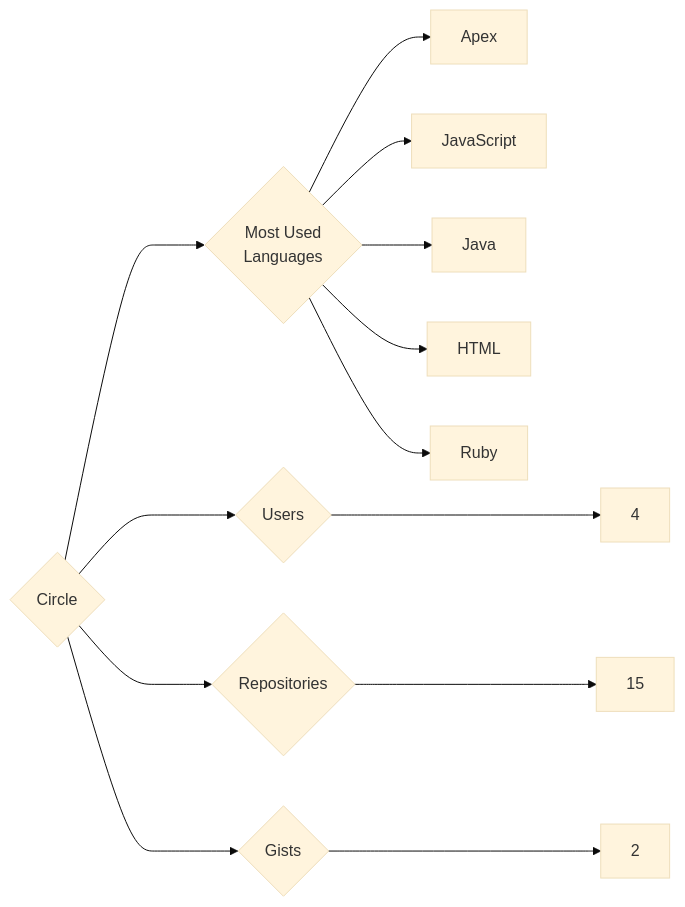
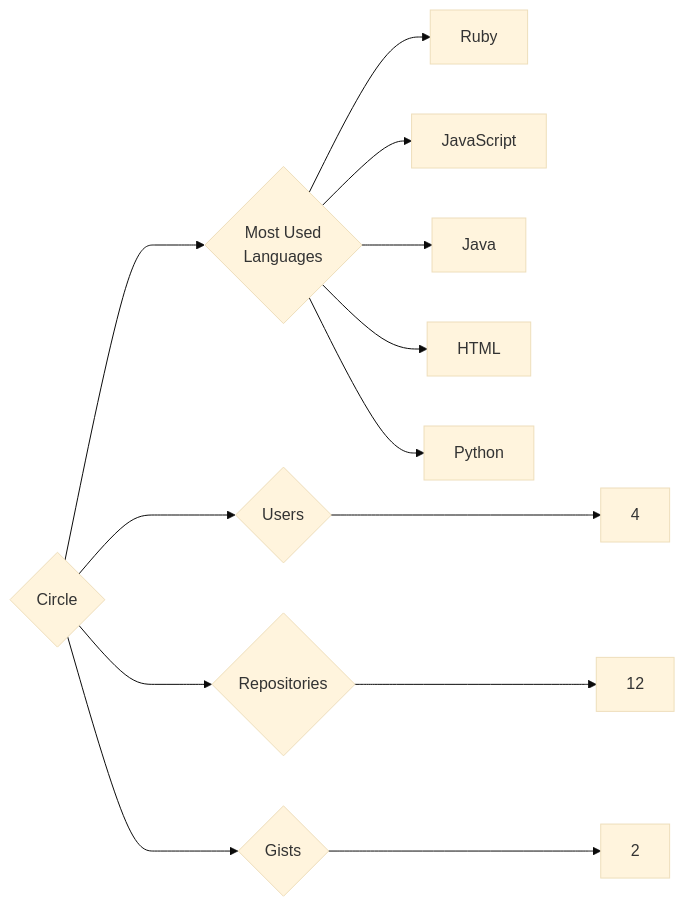
The diagram in targets/Circle/README.md (trickest/insiders), drawn with Mermaid (base theme) before and after one commit. The commit also changed 1078 other files, not shown here.

````diff
--- a/targets/Circle/README.md
+++ b/targets/Circle/README.md
@@ -3,13 +3,13 @@
 ```mermaid
 graph LR
 COMPANY_NAME{Circle}
 COMPANY_NAME ---> U{Users} ---> UN[4]
-COMPANY_NAME ---> R{Repositories} ---> RN[15]
+COMPANY_NAME ---> R{Repositories} ---> RN[12]
 COMPANY_NAME ---> G{Gists} ---> GN[2]
 COMPANY_NAME ---> ML{Most Used<br>Languages}
-ML --> Apex[Apex]
+ML --> Ruby[Ruby]
 ML --> JavaScript[JavaScript]
 ML --> Java[Java]
 ML --> HTML[HTML]
-ML --> Ruby[Ruby]
+ML --> Python[Python]
 ```
````
